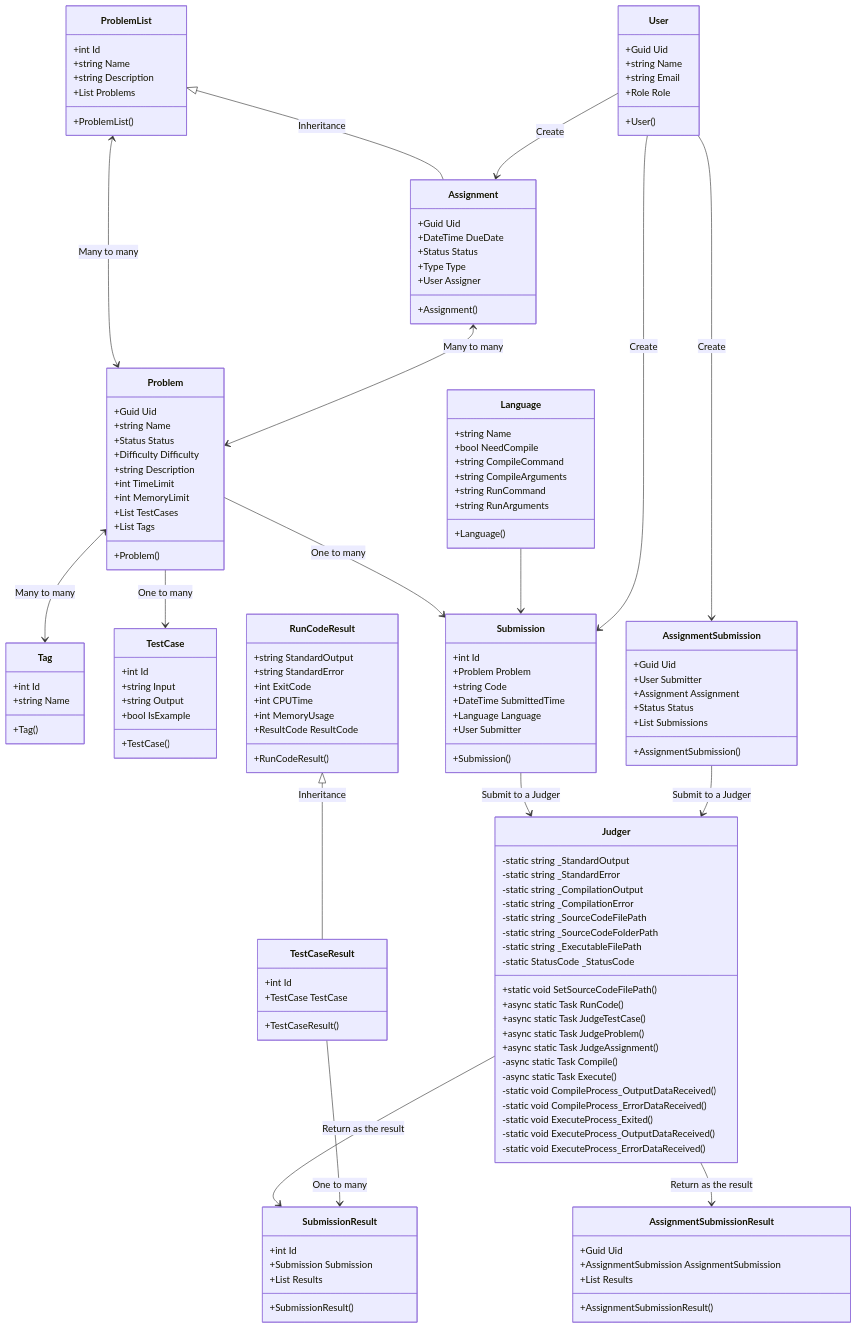
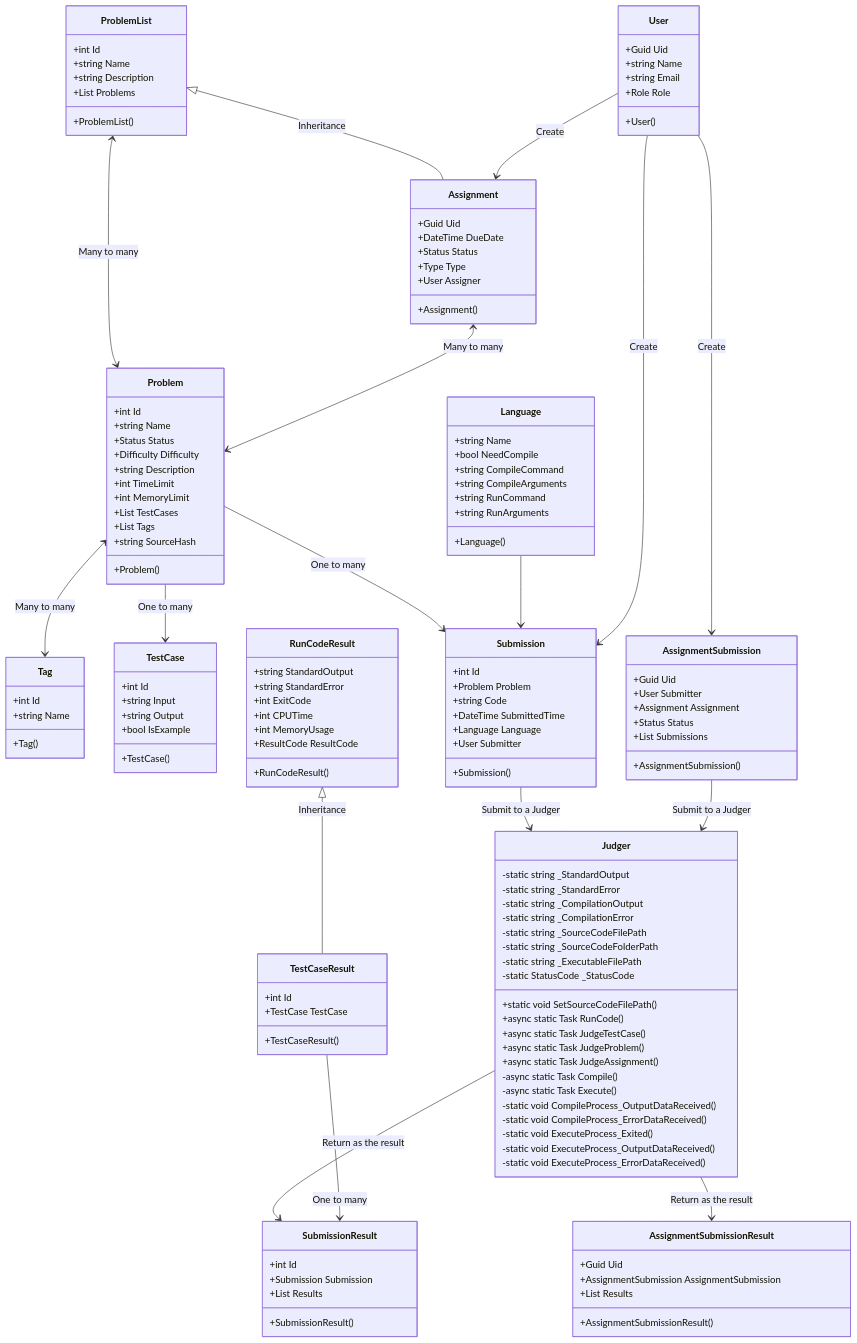
One commit to HEIGE-PCloud/Algorithm-Dynamics changed the diagram in report/graphs/classDiagram.mmd. Above: the diagram before and after it, drawn with Mermaid. The commit also changed 1 other file, not shown here.

```diff
--- a/report/graphs/classDiagram.mmd
+++ b/report/graphs/classDiagram.mmd
@@ -1,137 +1,138 @@
 classDiagram
     class Tag{
         +int Id
         +string Name
         +Tag()
     }
     class TestCase{
         +int Id
         +string Input
         +string Output
         +bool IsExample
         +TestCase()
     }
     class Problem{
-        +Guid Uid
+        +int Id
         +string Name
         +Status Status
         +Difficulty Difficulty
         +string Description
         +int TimeLimit
         +int MemoryLimit
         +List<TestCase> TestCases
         +List<Tag> Tags
+        +string SourceHash
         +Problem()
     }
     class ProblemList{
         +int Id
         +string Name
         +string Description
         +List<Problem> Problems
         +ProblemList()
     }
     class Assignment{
         +Guid Uid
         +DateTime DueDate
         +Status Status
         +Type Type
         +User Assigner
         +Assignment()
     }
     class Submission{
         +int Id
         +Problem Problem
         +string Code
         +DateTime SubmittedTime
         +Language Language
         +User Submitter
         +Submission()
     }
     class RunCodeResult {
         +string StandardOutput
         +string StandardError
         +int ExitCode
         +int CPUTime
         +int MemoryUsage
         +ResultCode ResultCode
         +RunCodeResult()
     }
     class TestCaseResult {
         +int Id
         +TestCase TestCase
         +TestCaseResult()
     }
     class SubmissionResult{
         +int Id
         +Submission Submission
         +List<TestCaseResults> Results
         +SubmissionResult()
     }
     class AssignmentSubmission{
         +Guid Uid
         +User Submitter
         +Assignment Assignment
         +Status Status
         +List<Submission> Submissions
         +AssignmentSubmission()
     }
     class AssignmentSubmissionResult{
         +Guid Uid
         +AssignmentSubmission AssignmentSubmission
         +List<SubmissionResult> Results
         +AssignmentSubmissionResult()
     }
     class Judger{
         -static string _StandardOutput
         -static string _StandardError
         -static string _CompilationOutput
         -static string _CompilationError
         -static string _SourceCodeFilePath
         -static string _SourceCodeFolderPath
         -static string _ExecutableFilePath
         -static StatusCode _StatusCode
         +static void SetSourceCodeFilePath()
         +async static Task<SubmissionResult> RunCode()
         +async static Task<SubmissionResult> JudgeTestCase()
         +async static Task<SubmissionResult> JudgeProblem()
         +async static Task<AssignmentSubmission> JudgeAssignment()
         -async static Task<int> Compile()
         -async static Task<int> Execute()
         -static void CompileProcess_OutputDataReceived()
         -static void CompileProcess_ErrorDataReceived()
         -static void ExecuteProcess_Exited()
         -static void ExecuteProcess_OutputDataReceived()
         -static void ExecuteProcess_ErrorDataReceived()
     }
     class User{
         +Guid Uid
         +string Name
         +string Email
         +Role Role
         +User()
     }
     class Language{
         +string Name
         +bool NeedCompile
         +string CompileCommand
         +string CompileArguments
         +string RunCommand
         +string RunArguments
         +Language()
     }
     ProblemList <|-- Assignment: Inheritance
     Submission --> Judger: Submit to a Judger
     Judger -->  SubmissionResult: Return as the result
     Problem <--> Tag:Many to many
     Problem --> TestCase:One to many
     Problem --> Submission:One to many
     Language --> Submission
     ProblemList <--> Problem:Many to many
     Assignment <--> Problem:Many to many
     User --> Submission:Create
     User --> Assignment:Create
     User --> AssignmentSubmission:Create
     AssignmentSubmission --> Judger: Submit to a Judger
     Judger -->  AssignmentSubmissionResult: Return as the result
     RunCodeResult <|-- TestCaseResult: Inheritance
     TestCaseResult --> SubmissionResult: One to many
```
